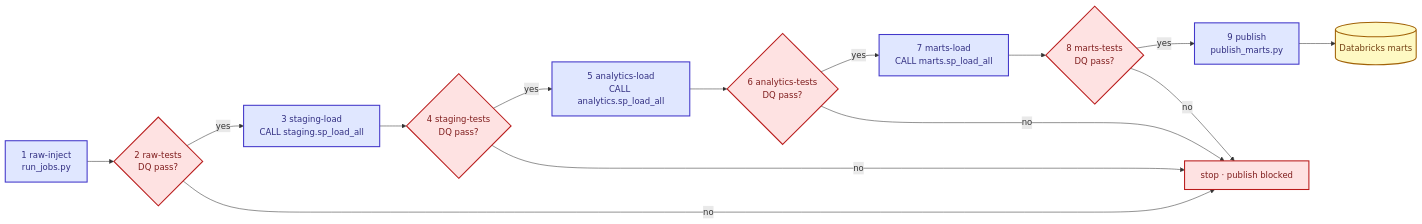
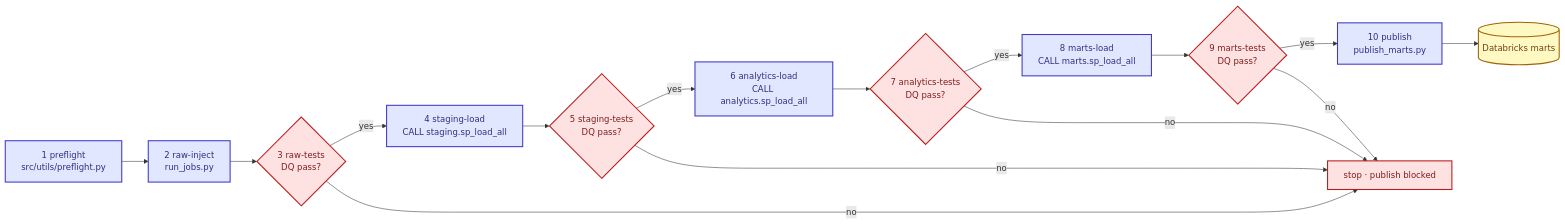
The second of 14 diagrams in ARCHITECTURE.md (Nitinx12/Banking-Delta-Lakehouse), drawn with Mermaid before and after one commit. The commit also changed other lines of this file and 16 other files, not shown here.

Commit message:
docs: document the 10-step order, preflight config and staleness rule

````diff
--- a/ARCHITECTURE.md
+++ b/ARCHITECTURE.md
@@ -158,33 +158,35 @@
 ```mermaid
 flowchart LR
-    S1["1 raw-inject<br/>run_jobs.py"]
-    G1{"2 raw-tests<br/>DQ pass?"}
-    S3["3 staging-load<br/>CALL staging.sp_load_all"]
-    G2{"4 staging-tests<br/>DQ pass?"}
-    S5["5 analytics-load<br/>CALL analytics.sp_load_all"]
-    G3{"6 analytics-tests<br/>DQ pass?"}
-    S7["7 marts-load<br/>CALL marts.sp_load_all"]
-    G4{"8 marts-tests<br/>DQ pass?"}
-    S9["9 publish<br/>publish_marts.py"]
+    PRE["1 preflight<br/>src/utils/preflight.py"]
+    S1["2 raw-inject<br/>run_jobs.py"]
+    G1{"3 raw-tests<br/>DQ pass?"}
+    S3["4 staging-load<br/>CALL staging.sp_load_all"]
+    G2{"5 staging-tests<br/>DQ pass?"}
+    S5["6 analytics-load<br/>CALL analytics.sp_load_all"]
+    G3{"7 analytics-tests<br/>DQ pass?"}
+    S7["8 marts-load<br/>CALL marts.sp_load_all"]
+    G4{"9 marts-tests<br/>DQ pass?"}
+    S9["10 publish<br/>publish_marts.py"]
 
+    PRE --> S1
     S1 --> G1
     G1 -->|yes| S3
     G1 -->|no| STOP["stop · publish blocked"]
     S3 --> G2
     G2 -->|yes| S5
     G2 -->|no| STOP
     S5 --> G3
     G3 -->|yes| S7
     G3 -->|no| STOP
     S7 --> G4
     G4 -->|yes| S9
     G4 -->|no| STOP
     S9 --> DELTA[("Databricks marts")]
 
     classDef step fill:#e0e7ff,stroke:#4338ca,color:#312e81,stroke-width:2px
     classDef gate fill:#fee2e2,stroke:#b91c1c,color:#7f1d1d,stroke-width:2px
     classDef delta fill:#fef9c3,stroke:#a16207,color:#713f12,stroke-width:2px
-    class S1,S3,S5,S7,S9 step
+    class PRE,S1,S3,S5,S7,S9 step
     class G1,G2,G3,G4,STOP gate
     class DELTA delta
 ```
````
